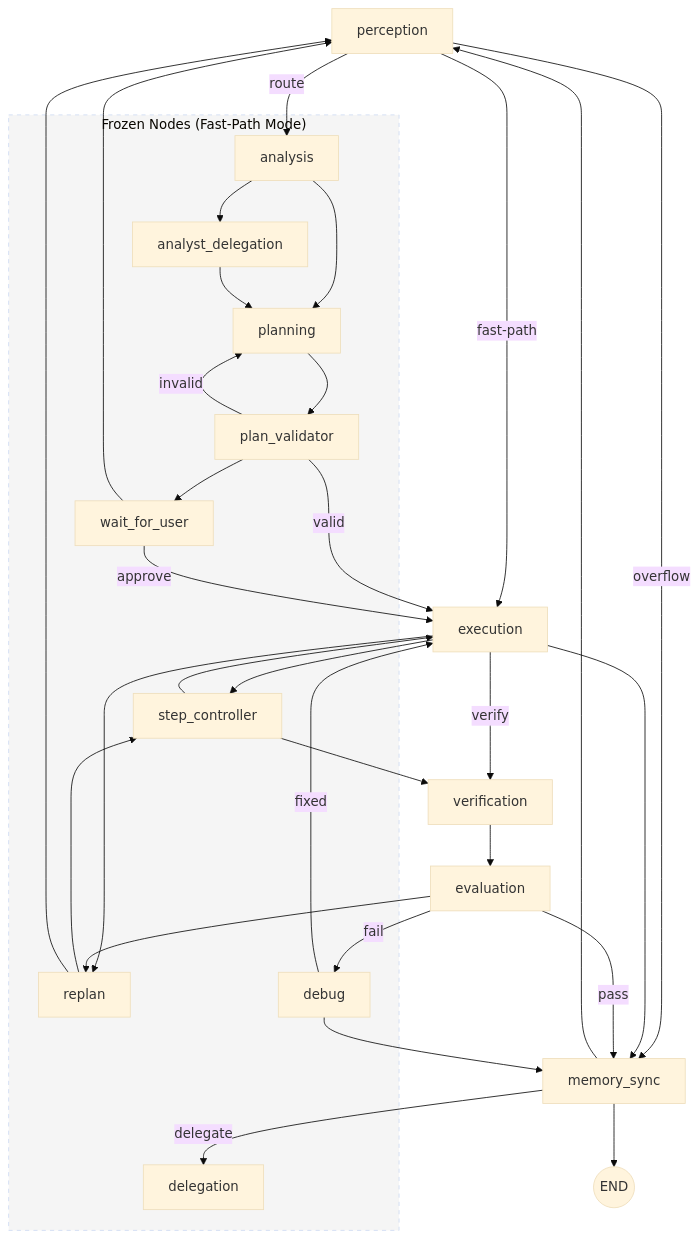
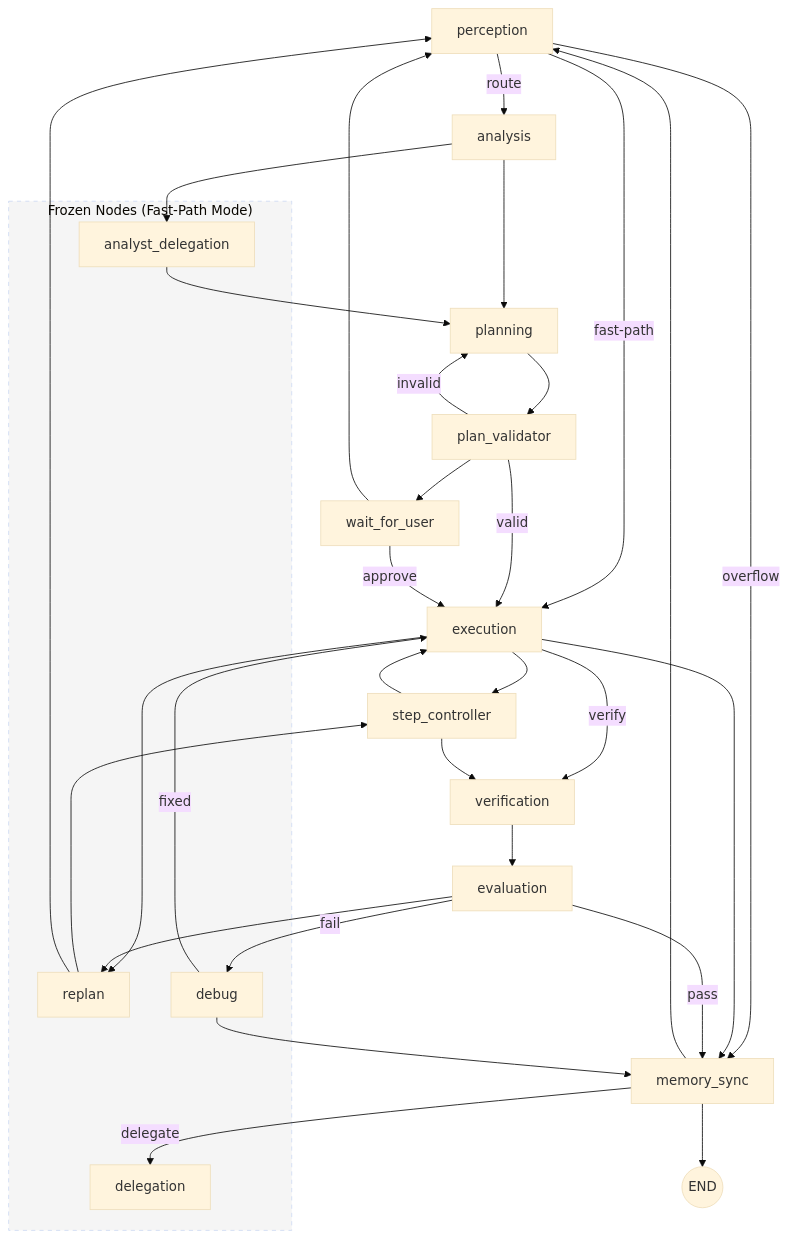
One commit to tann200/CodingAgent changed the second of 2 diagrams in ARCHITECTURE.md. Above: the diagram before and after it, drawn with Mermaid (base theme). The commit also changed other lines of this file and 2 other files, not shown here.

Commit message:
docs: add architecture review and roadmap

````diff
--- a/ARCHITECTURE.md
+++ b/ARCHITECTURE.md
@@ -556,54 +556,49 @@
 ```mermaid
 flowchart TD
     P[perception] -->|route| A[analysis]
     P -->|fast-path| E[execution]
     P -->|overflow| MS[memory_sync]
 
     A --> AD[analyst_delegation]
     A --> PL[planning]
 
     AD --> PL
     PL --> PV[plan_validator]
     PV -->|valid| E
     PV -->|invalid| PL
     PV --> WAIT[wait_for_user]
 
     E --> SC[step_controller]
     E -->|verify| V[verification]
     E --> MS
     E --> RP[replan]
 
     SC --> E
     SC --> V
 
     V --> EV[evaluation]
     RP --> SC
     RP --> P
 
     EV -->|pass| MS
     EV -->|fail| DB[debug]
     EV --> RP
 
     DB -->|fixed| E
     DB --> MS
 
     MS -->|delegate| DL[delegation]
     MS --> P
     MS --> END((END))
 
     WAIT -->|approve| E
     WAIT --> P
 
     subgraph frozen["Frozen Nodes (Fast-Path Mode)"]
-        A
         AD
-        PL
-        PV
         RP
         DB
-        SC
         DL
-        WAIT
         style frozen stroke-dasharray: 5 5, fill: #f5f5f5
     end
 ```
````
